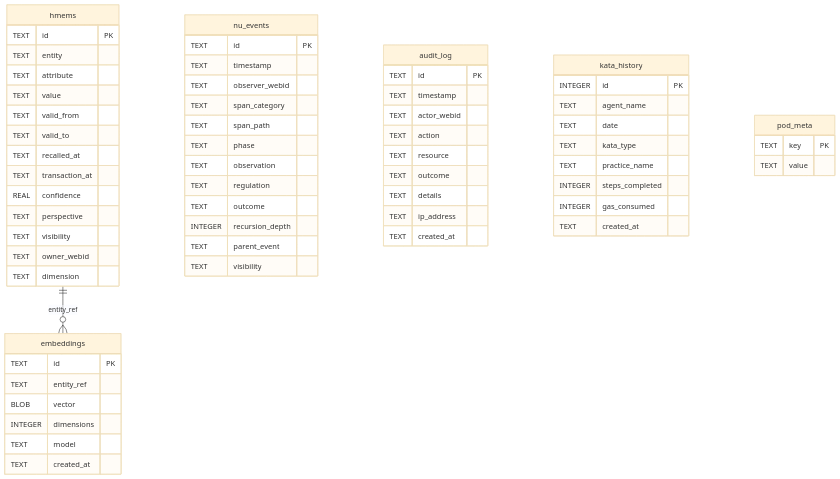
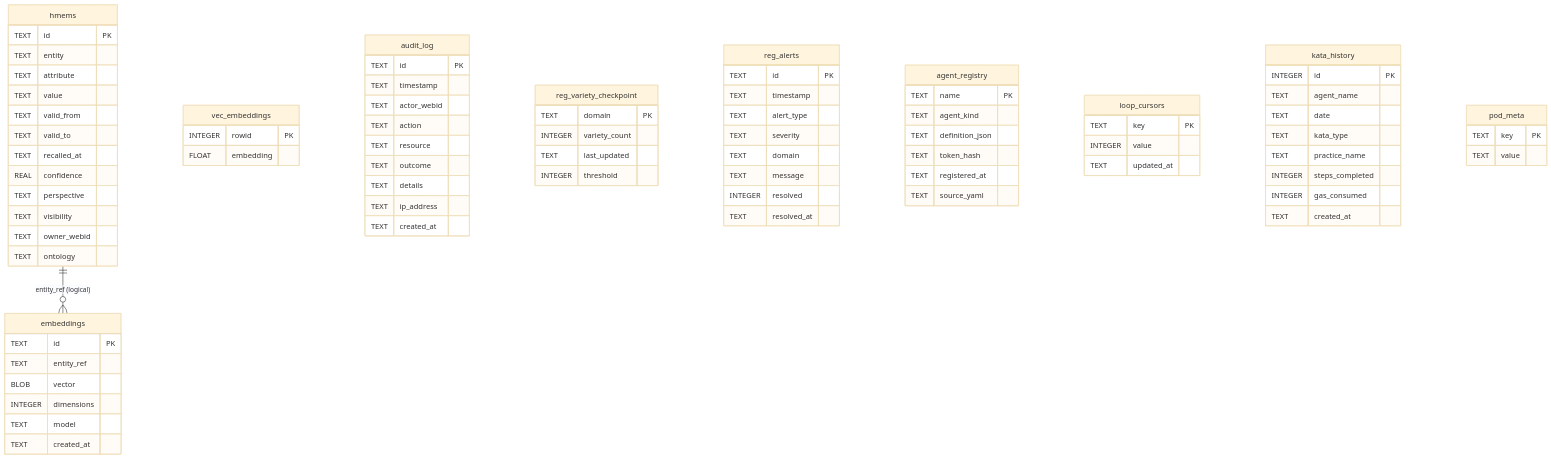
Before and after one commit to mdz-axo/zed-kask: the second of 2 diagrams in kask/docs/diataxis/hkask-storage/reference.md, drawn with Mermaid (base theme). The commit also changed other lines of this file and 41 other files, not shown here.

````diff
--- a/kask/docs/diataxis/hkask-storage/reference.md
+++ b/kask/docs/diataxis/hkask-storage/reference.md
@@ -50,6 +205,6 @@
 ```mermaid
 erDiagram
-    hmems ||--o{ embeddings : "entity_ref"
+    hmems ||--o{ embeddings : "entity_ref (logical)"
 
     hmems {
         TEXT id PK
@@ -59,12 +214,11 @@
         TEXT valid_from
         TEXT valid_to
         TEXT recalled_at
-        TEXT transaction_at
         REAL confidence
         TEXT perspective
         TEXT visibility
         TEXT owner_webid
-        TEXT dimension
+        TEXT ontology
     }
     embeddings {
         TEXT id PK
@@ -74,19 +228,9 @@
         TEXT model
         TEXT created_at
     }
-    nu_events {
-        TEXT id PK
-        TEXT timestamp
-        TEXT observer_webid
-        TEXT span_category
-        TEXT span_path
-        TEXT phase
-        TEXT observation
-        TEXT regulation
-        TEXT outcome
-        INTEGER recursion_depth
-        TEXT parent_event
-        TEXT visibility
+    vec_embeddings {
+        INTEGER rowid PK
+        FLOAT embedding
     }
     audit_log {
         TEXT id PK
@@ -98,6 +242,35 @@
         TEXT details
         TEXT ip_address
         TEXT created_at
+    }
+    reg_variety_checkpoint {
+        TEXT domain PK
+        INTEGER variety_count
+        TEXT last_updated
+        INTEGER threshold
+    }
+    reg_alerts {
+        TEXT id PK
+        TEXT timestamp
+        TEXT alert_type
+        TEXT severity
+        TEXT domain
+        TEXT message
+        INTEGER resolved
+        TEXT resolved_at
+    }
+    agent_registry {
+        TEXT name PK
+        TEXT agent_kind
+        TEXT definition_json
+        TEXT token_hash
+        TEXT registered_at
+        TEXT source_yaml
+    }
+    loop_cursors {
+        TEXT key PK
+        INTEGER value
+        TEXT updated_at
     }
     kata_history {
         INTEGER id PK
````
